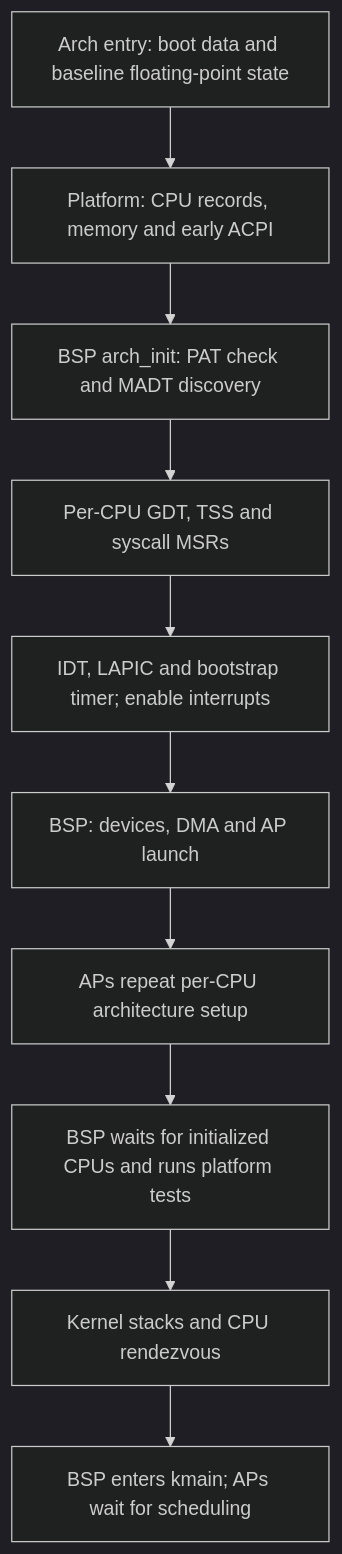
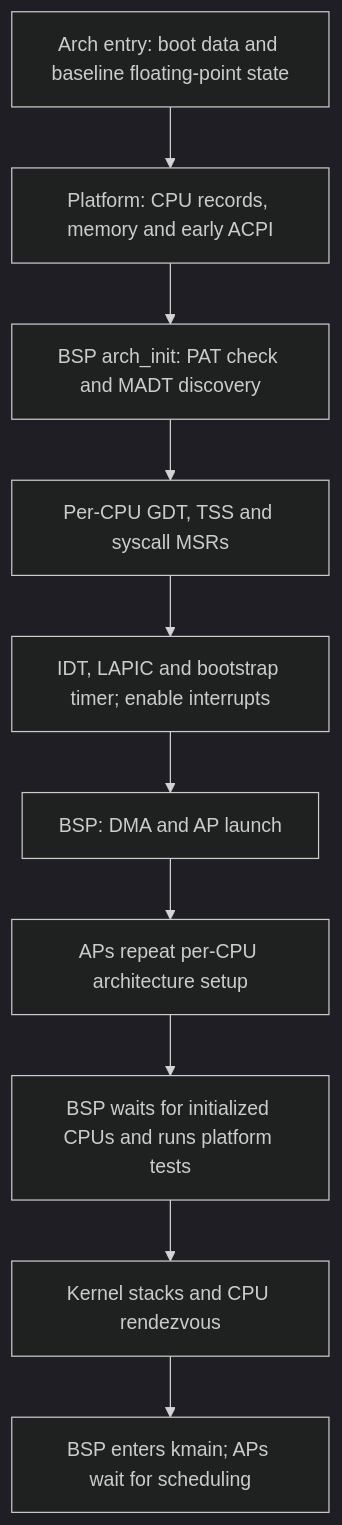
Diagram 15 of 18 in docs/DIAGRAMS.md (marwan475/Arx), drawn with Mermaid (dark theme) before and after one commit. The commit also changed other lines of this file and 38 other files, not shown here.

````diff
--- a/docs/DIAGRAMS.md
+++ b/docs/DIAGRAMS.md
@@ -331,14 +331,14 @@
 ```mermaid
 flowchart TB
     accTitle: x86_64 architecture initialization
     accDescr: The bootstrap CPU establishes platform prerequisites and shared controller information before starting secondary CPUs and handing off to kernel startup.
     A[Arch entry: boot data and baseline floating-point state] --> P[Platform: CPU records, memory and early ACPI]
     P --> B[BSP arch_init: PAT check and MADT discovery]
     B --> C[Per-CPU GDT, TSS and syscall MSRs]
     C --> I[IDT, LAPIC and bootstrap timer; enable interrupts]
-    I --> D[BSP: devices, DMA and AP launch]
+    I --> D[BSP: DMA and AP launch]
     D --> AP[APs repeat per-CPU architecture setup]
     AP --> T[BSP waits for initialized CPUs and runs platform tests]
     T --> S[Kernel stacks and CPU rendezvous]
     S --> K[BSP enters kmain; APs wait for scheduling]
 ```
````
